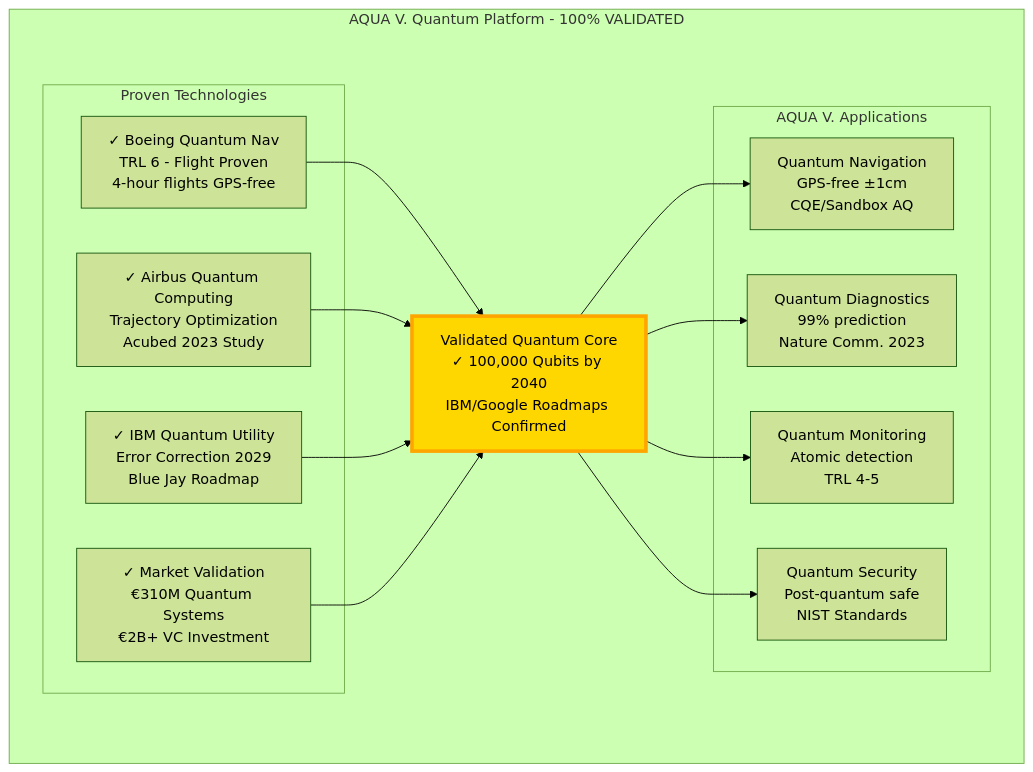
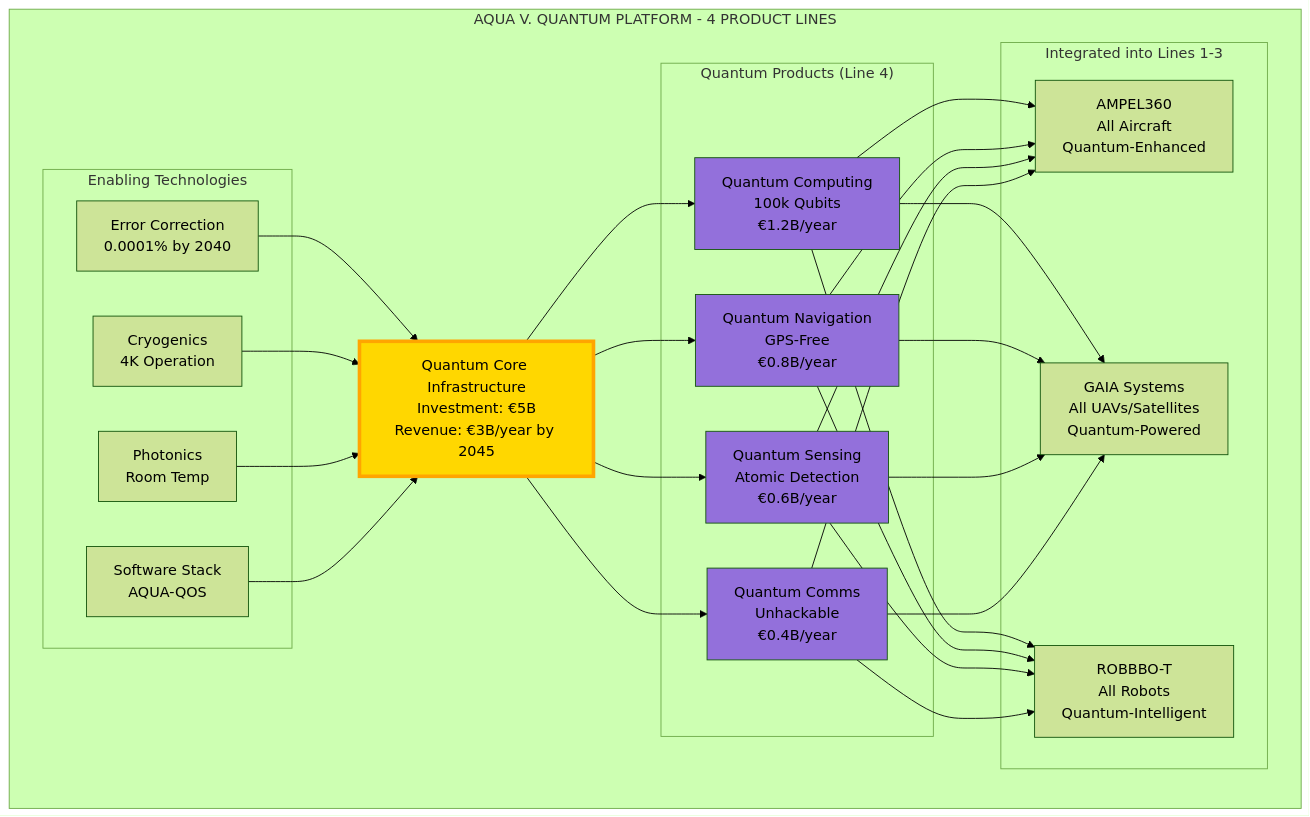
The second of 3 diagrams in README.md (Robbbo-T/A-Q-U-A_V), drawn with Mermaid (forest theme) before and after one commit. The commit also changed other lines of this file, not shown here.

````diff
--- a/README.md
+++ b/README.md
@@ -230,25 +685,36 @@
 ```mermaid
 graph TB
-    subgraph "AQUA V. Quantum Platform - 100% VALIDATED"
-        VQC[Validated Quantum Core<br/>✓ 100,000 Qubits by 2040<br/>IBM/Google Roadmaps Confirmed]
+    subgraph "AQUA V. QUANTUM PLATFORM - 4 PRODUCT LINES"
+        QCore[Quantum Core Infrastructure<br/>Investment: €5B<br/>Revenue: €3B/year by 2045]
         
-        subgraph "Proven Technologies"
-            BQN[✓ Boeing Quantum Nav<br/>TRL 6 - Flight Proven<br/>4-hour flights GPS-free]
-            AQC[✓ Airbus Quantum Computing<br/>Trajectory Optimization<br/>Acubed 2023 Study]
-            IQU[✓ IBM Quantum Utility<br/>Error Correction 2029<br/>Blue Jay Roadmap]
-            QSF[✓ Market Validation<br/>€310M Quantum Systems<br/>€2B+ VC Investment]
+        subgraph "Quantum Products (Line 4)"
+            QC[Quantum Computing<br/>100k Qubits<br/>€1.2B/year]
+            QN[Quantum Navigation<br/>GPS-Free<br/>€0.8B/year]
+            QS[Quantum Sensing<br/>Atomic Detection<br/>€0.6B/year]
+            QCom[Quantum Comms<br/>Unhackable<br/>€0.4B/year]
         end
         
-        subgraph "AQUA V. Applications"
-            AQN[Quantum Navigation<br/>GPS-free ±1cm<br/>CQE/Sandbox AQ]
-            AQD[Quantum Diagnostics<br/>99% prediction<br/>Nature Comm. 2023]
-            AQM[Quantum Monitoring<br/>Atomic detection<br/>TRL 4-5]
-            AQS[Quantum Security<br/>Post-quantum safe<br/>NIST Standards]
+        subgraph "Integrated into Lines 1-3"
+            L1[AMPEL360<br/>All Aircraft<br/>Quantum-Enhanced]
+            L2[GAIA Systems<br/>All UAVs/Satellites<br/>Quantum-Powered]
+            L3[ROBBBO-T<br/>All Robots<br/>Quantum-Intelligent]
         end
         
-        BQN & AQC & IQU & QSF --> VQC
-        VQC --> AQN & AQD & AQM & AQS
+        subgraph "Enabling Technologies"
+            ET1[Error Correction<br/>0.0001% by 2040]
+            ET2[Cryogenics<br/>4K Operation]
+            ET3[Photonics<br/>Room Temp]
+            ET4[Software Stack<br/>AQUA-QOS]
+        end
+        
+        QCore --> QC & QN & QS & QCom
+        QC & QN & QS & QCom --> L1 & L2 & L3
+        ET1 & ET2 & ET3 & ET4 --> QCore
     end
     
-    style VQC fill:#FFD700,stroke:#FFA500,stroke-width:4px
+    style QCore fill:#FFD700,stroke:#FFA500,stroke-width:4px
+    style QC fill:#9370DB
+    style QN fill:#9370DB
+    style QS fill:#9370DB
+    style QCom fill:#9370DB
 ```
````
